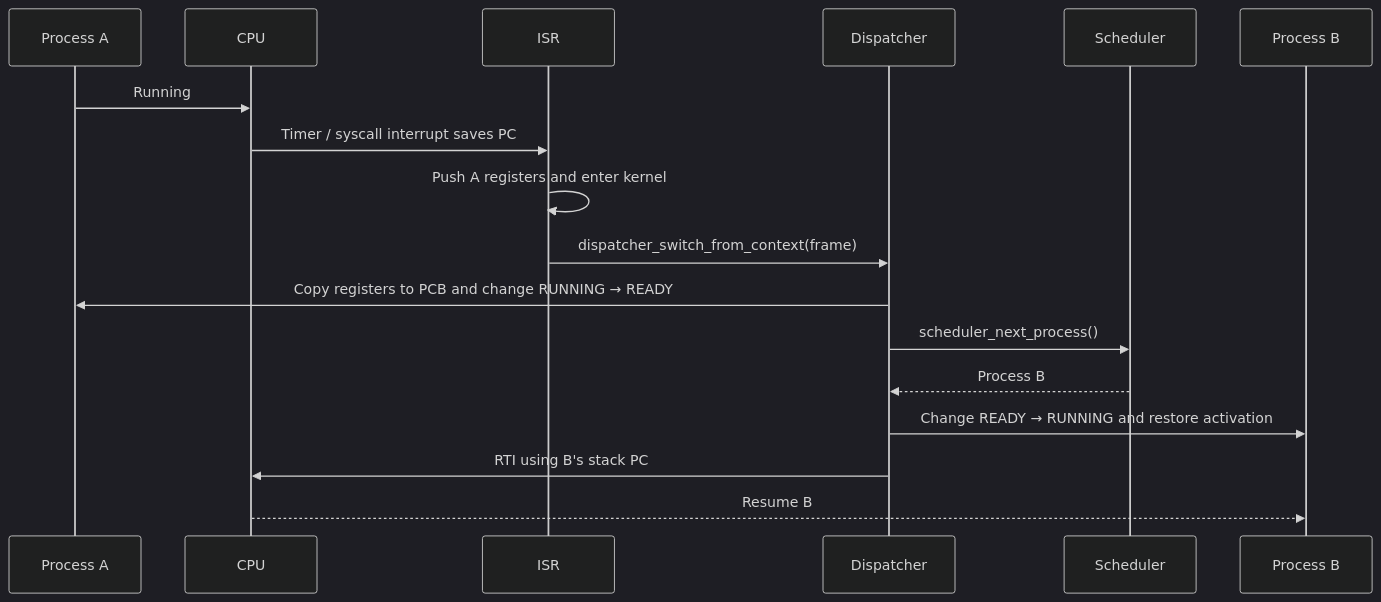
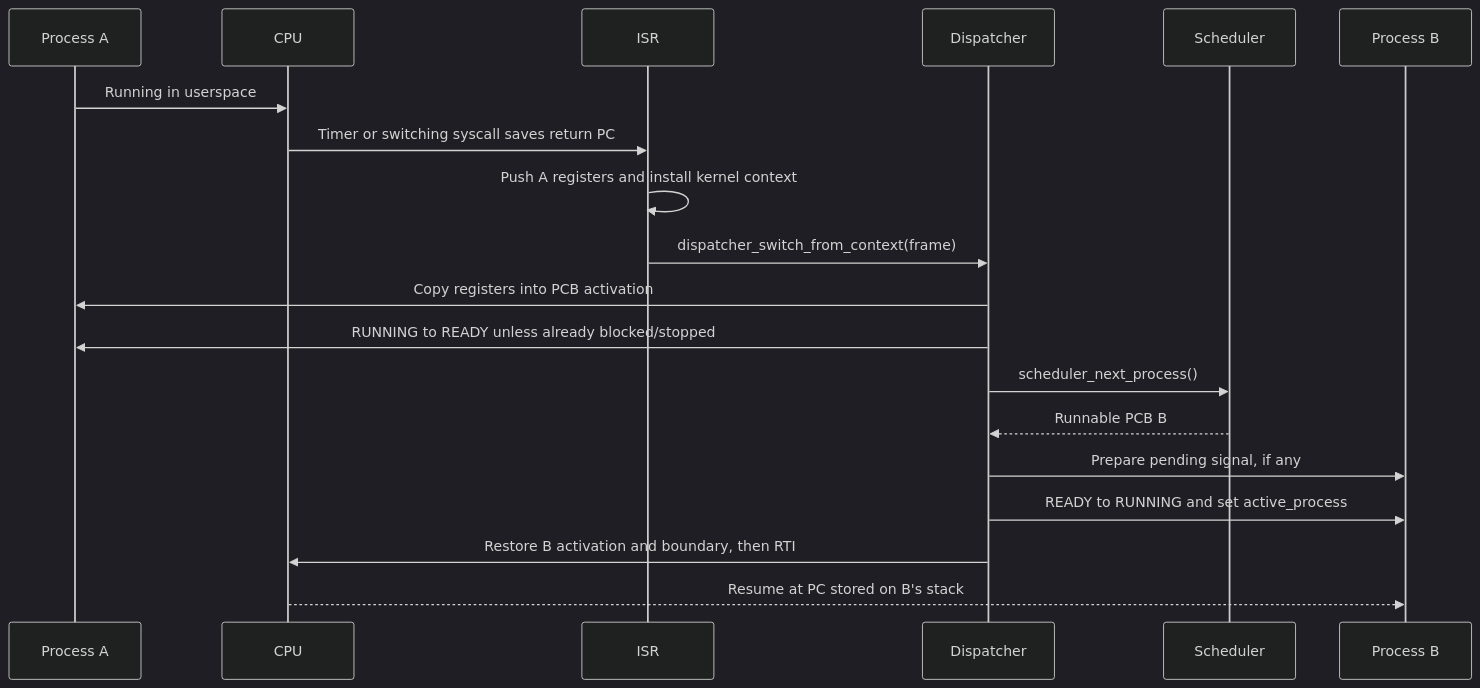
Diagram 13 of 24 in README.md (matthejue/Pico-OS), drawn with Mermaid (dark theme) before and after one commit. The commit also changed other lines of this file and 19 other files, not shown here.

````diff
--- a/README.md
+++ b/README.md
@@ -2088,20 +1653,22 @@
 ```mermaid
 sequenceDiagram
     participant A as Process A
     participant CPU
     participant ISR
     participant D as Dispatcher
     participant S as Scheduler
     participant B as Process B
 
-    A->>CPU: Running
-    CPU->>ISR: Timer / syscall interrupt saves PC
-    ISR->>ISR: Push A registers and enter kernel
+    A->>CPU: Running in userspace
+    CPU->>ISR: Timer or switching syscall saves return PC
+    ISR->>ISR: Push A registers and install kernel context
     ISR->>D: dispatcher_switch_from_context(frame)
-    D->>A: Copy registers to PCB and change RUNNING → READY
+    D->>A: Copy registers into PCB activation
+    D->>A: RUNNING to READY unless already blocked/stopped
     D->>S: scheduler_next_process()
-    S-->>D: Process B
-    D->>B: Change READY → RUNNING and restore activation
-    D->>CPU: RTI using B's stack PC
-    CPU-->>B: Resume B
+    S-->>D: Runnable PCB B
+    D->>B: Prepare pending signal, if any
+    D->>B: READY to RUNNING and set active_process
+    D->>CPU: Restore B activation and boundary, then RTI
+    CPU-->>B: Resume at PC stored on B's stack
 ```
````
